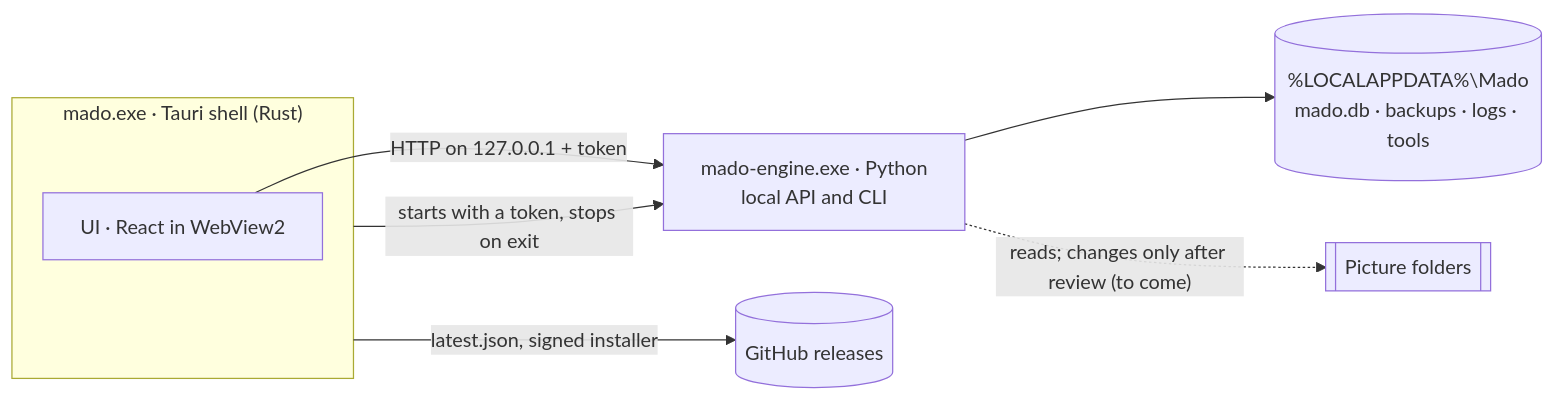
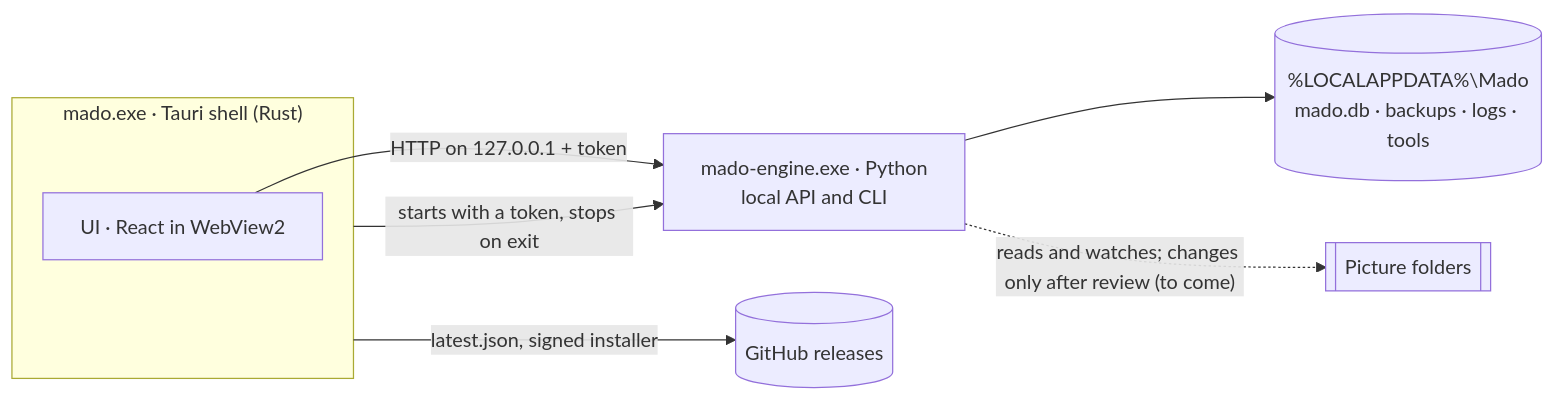
Before and after one commit to frankgrobbelaar/mado: the first of 2 diagrams in docs/architecture.md, drawn with Mermaid. The commit also changed other lines of this file and 87 other files, not shown here.

````diff
--- a/docs/architecture.md
+++ b/docs/architecture.md
@@ -7,16 +7,16 @@
 ```mermaid
 flowchart LR
     subgraph shell["mado.exe · Tauri shell (Rust)"]
         ui["UI · React in WebView2"]
     end
     engine["mado-engine.exe · Python<br/>local API and CLI"]
     data[("%LOCALAPPDATA%\Mado<br/>mado.db · backups · logs · tools")]
     pictures[["Picture folders"]]
     releases[("GitHub releases")]
 
     shell -- "starts with a token, stops on exit" --> engine
     ui -- "HTTP on 127.0.0.1 + token" --> engine
     engine --> data
-    engine -. "reads; changes only after review (to come)" .-> pictures
+    engine -. "reads and watches; changes only after review (to come)" .-> pictures
     shell -- "latest.json, signed installer" --> releases
 ```
````
